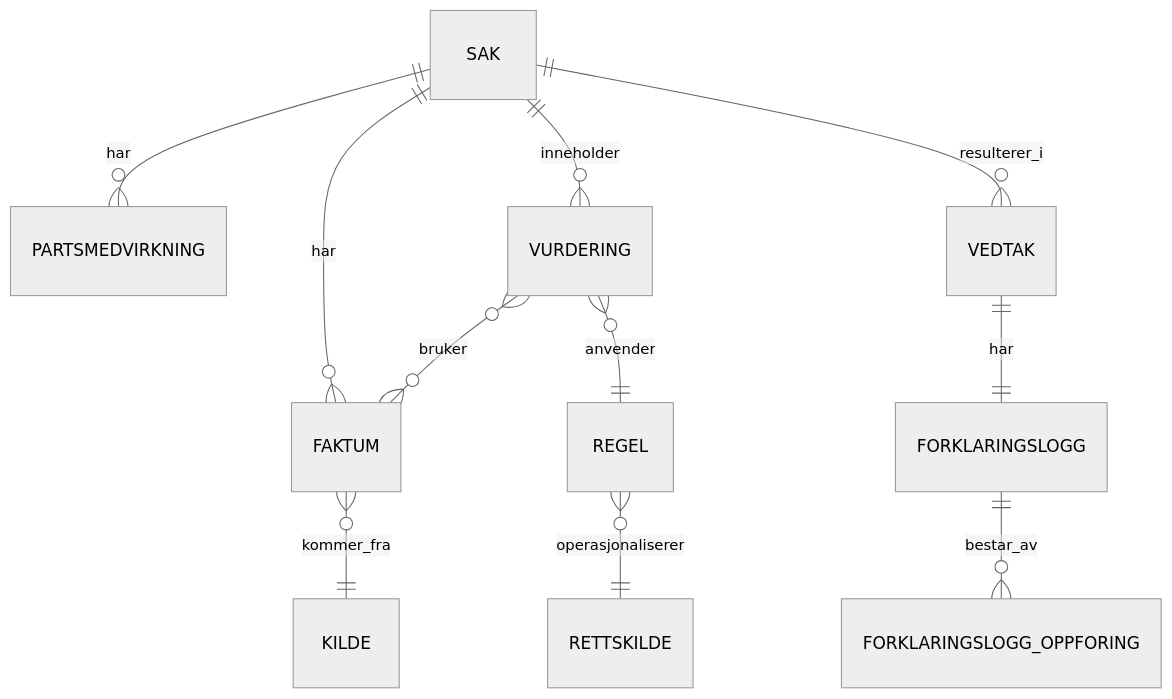
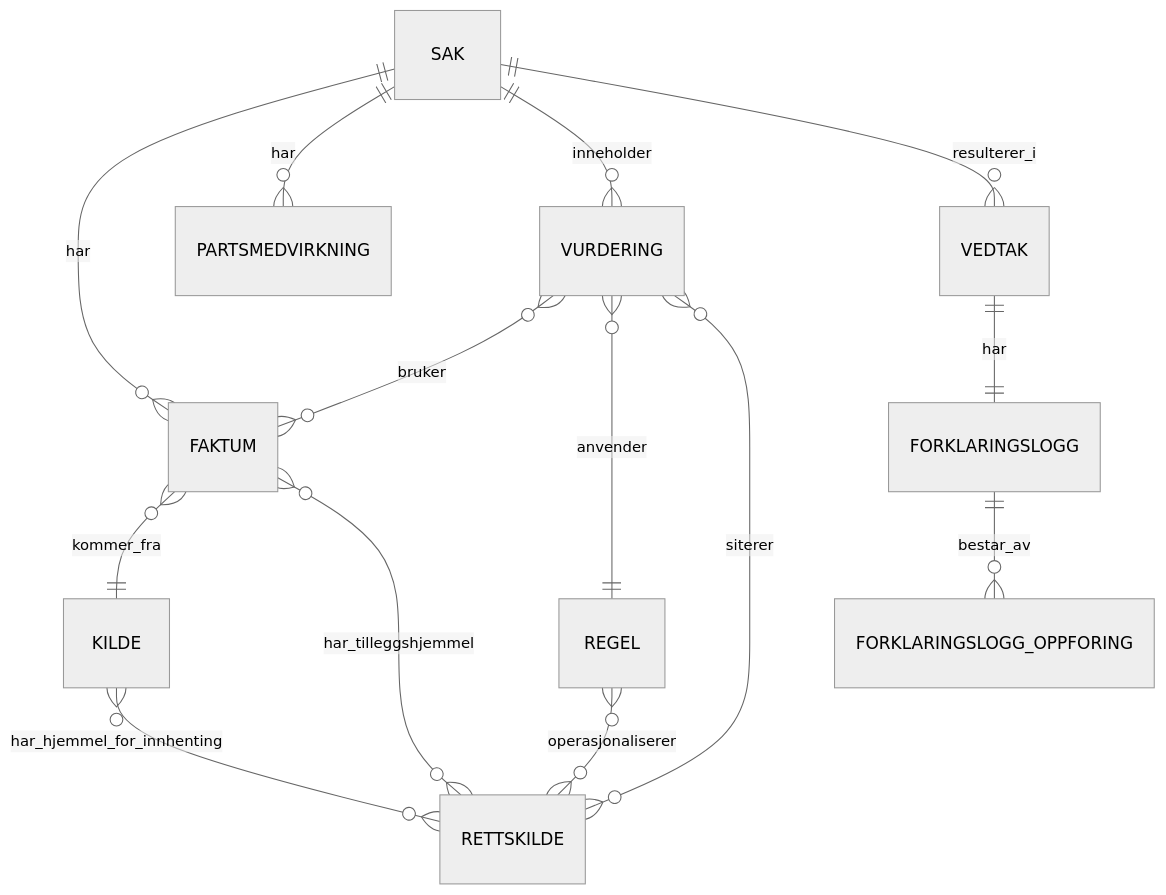
One commit to FinnurO/forklaringsmodell-api changed the diagram in docs/api-spesifikasjon-forklaringsmodell.md. Above: the diagram before and after it, drawn with Mermaid (neutral theme). The commit also changed other lines of this file and 40 other files, not shown here.

First line of the commit message:
v1.1.0: Rettskildekobling til Regel/Kilde/Faktum/Vurdering, CPSV-AP/CCCEV-sporbarhet

````diff
--- a/docs/api-spesifikasjon-forklaringsmodell.md
+++ b/docs/api-spesifikasjon-forklaringsmodell.md
@@ -11,13 +11,16 @@
 ```mermaid
 erDiagram
   SAK ||--o{ FAKTUM : har
   SAK ||--o{ PARTSMEDVIRKNING : har
   SAK ||--o{ VURDERING : inneholder
   SAK ||--o{ VEDTAK : resulterer_i
   FAKTUM }o--|| KILDE : kommer_fra
+  KILDE }o--o{ RETTSKILDE : har_hjemmel_for_innhenting
+  FAKTUM }o--o{ RETTSKILDE : har_tilleggshjemmel
   VURDERING }o--o{ FAKTUM : bruker
   VURDERING }o--|| REGEL : anvender
-  REGEL }o--|| RETTSKILDE : operasjonaliserer
+  REGEL }o--o{ RETTSKILDE : operasjonaliserer
+  VURDERING }o--o{ RETTSKILDE : siterer
   VEDTAK ||--|| FORKLARINGSLOGG : har
   FORKLARINGSLOGG ||--o{ FORKLARINGSLOGG_OPPFORING : bestar_av
 ```
````
